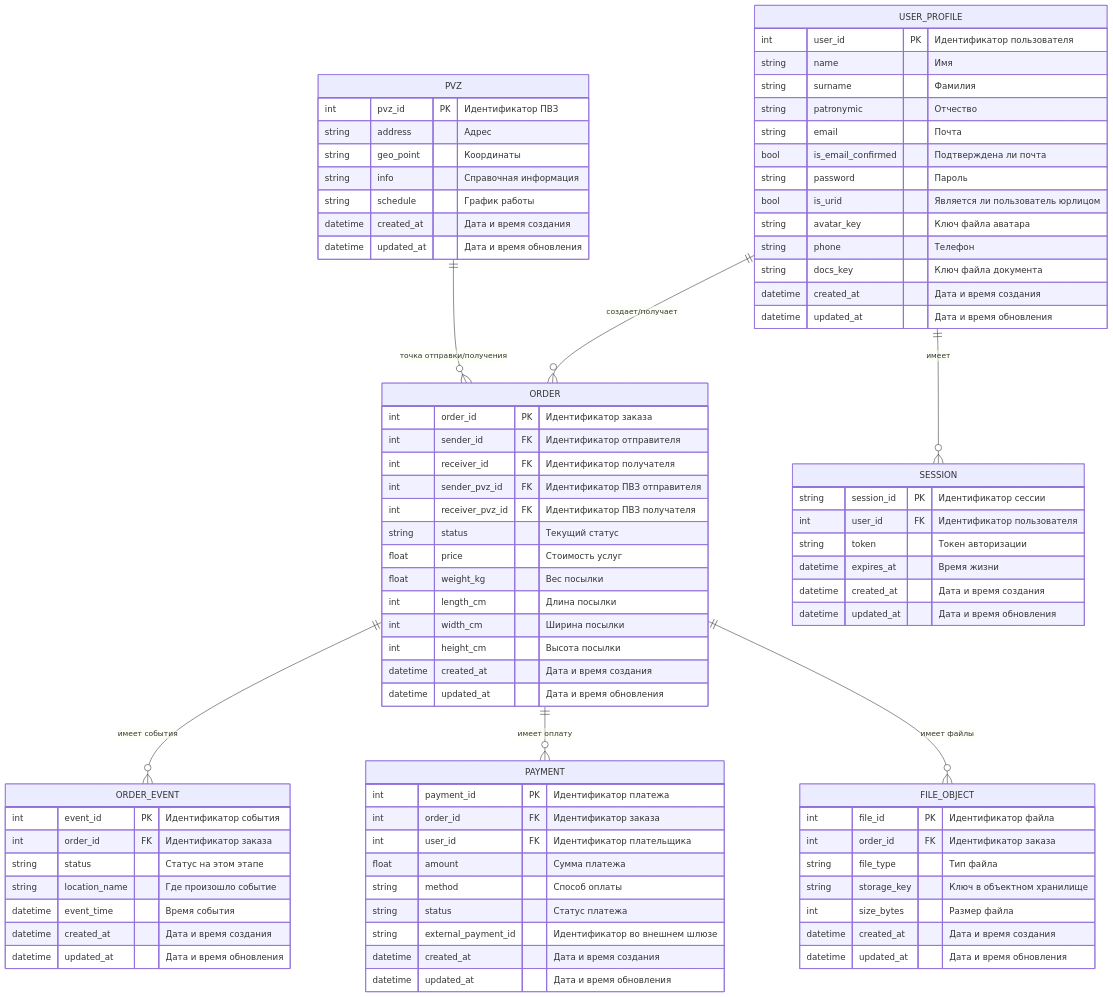
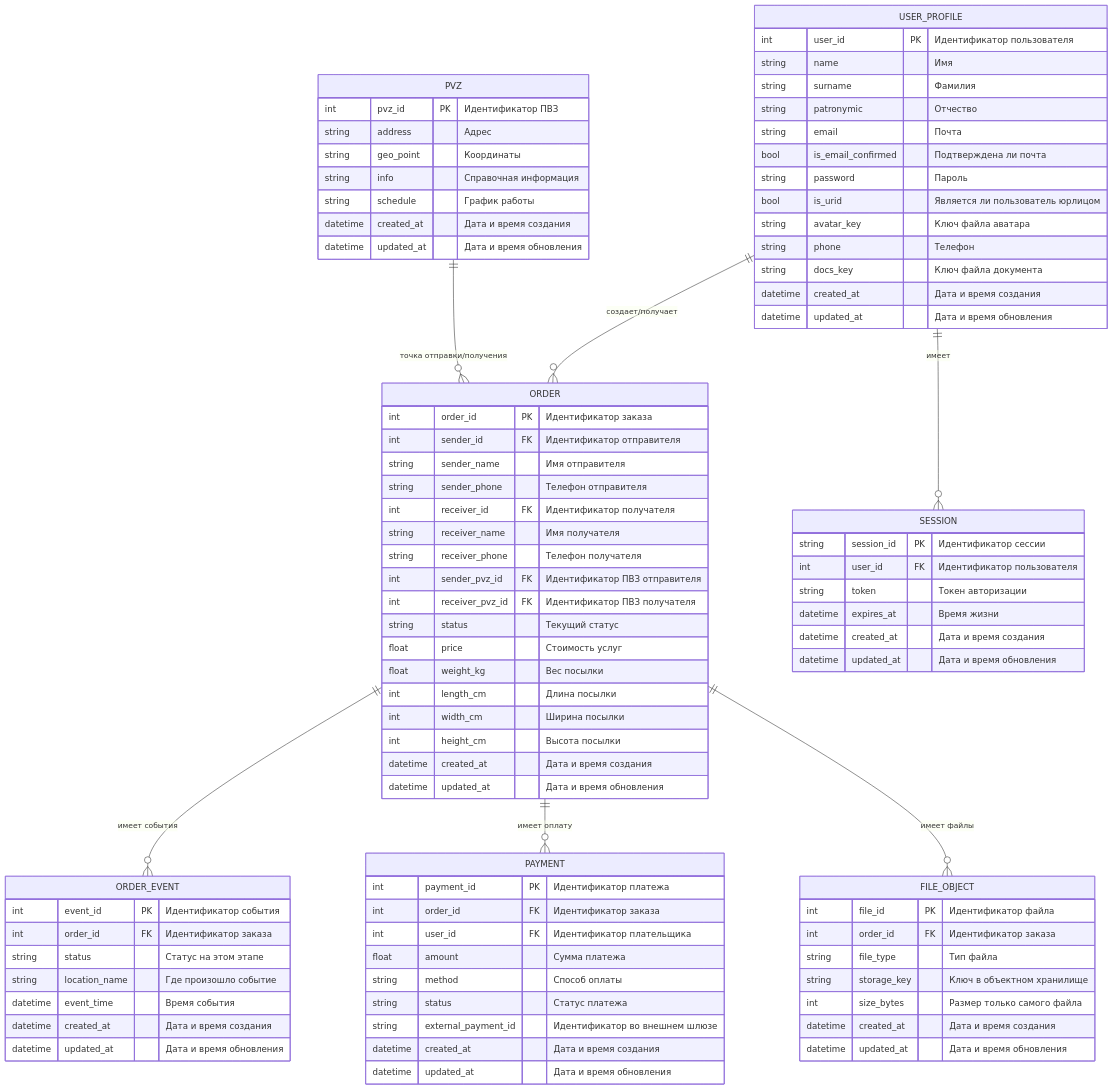
The first of 3 diagrams in README.md (niggumin/highload), drawn with Mermaid before and after one commit. The commit also changed other lines of this file, not shown here.

```diff
--- a/README.md
+++ b/README.md
@@ -200,7 +200,11 @@
     ORDER {
         int order_id PK "Идентификатор заказа"
         int sender_id FK "Идентификатор отправителя"
+        string sender_name "Имя отправителя"
+        string sender_phone "Телефон отправителя"
         int receiver_id FK "Идентификатор получателя"
+        string receiver_name "Имя получателя"
+        string receiver_phone "Телефон получателя"
         int sender_pvz_id FK "Идентификатор ПВЗ отправителя"
         int receiver_pvz_id FK "Идентификатор ПВЗ получателя"
         string status "Текущий статус"
@@ -259,7 +263,7 @@
         int order_id FK "Идентификатор заказа"
         string file_type "Тип файла"
         string storage_key "Ключ в объектном хранилище"
-        int size_bytes "Размер файла"
+        int size_bytes "Размер только самого файла"
         datetime created_at "Дата и время создания"
         datetime updated_at "Дата и время обновления"
     }
```
